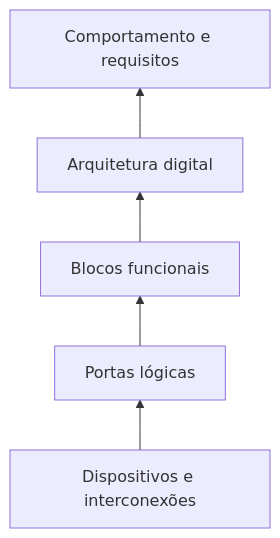
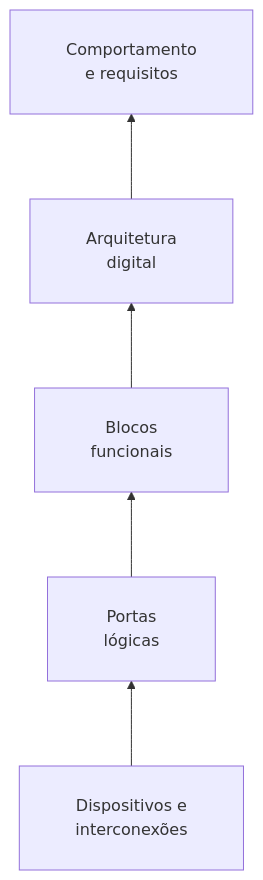
One commit to MathJSLab/mathjslab-markdown changed the fourth of 6 diagrams in example/digital-electronics/pt/introduction-to-digital-electronics.md. Above: the diagram before and after it, drawn with Mermaid. The commit also changed other lines of this file and 2 other files, not shown here.

````diff
--- a/example/digital-electronics/pt/introduction-to-digital-electronics.md
+++ b/example/digital-electronics/pt/introduction-to-digital-electronics.md
@@ -507,7 +762,8 @@
 ```mermaid
+%%{init: {'themeVariables': {'fontSize': '16px'}, 'flowchart': {'nodeSpacing': 65, 'rankSpacing': 85, 'padding': 28, 'htmlLabels': true}}}%%
 flowchart BT
-    D["Dispositivos e interconexões"] --> P["Portas lógicas"]
-    P --> B["Blocos funcionais"]
-    B --> A["Arquitetura digital"]
-    A --> R["Comportamento e requisitos"]
+    D["Dispositivos e<br/>interconexões"] --> P["Portas<br/>lógicas"]
+    P --> B["Blocos<br/>funcionais"]
+    B --> A["Arquitetura<br/>digital"]
+    A --> R["Comportamento<br/>e requisitos"]
 ```
````
